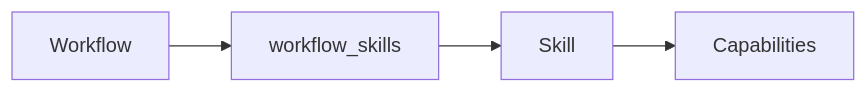
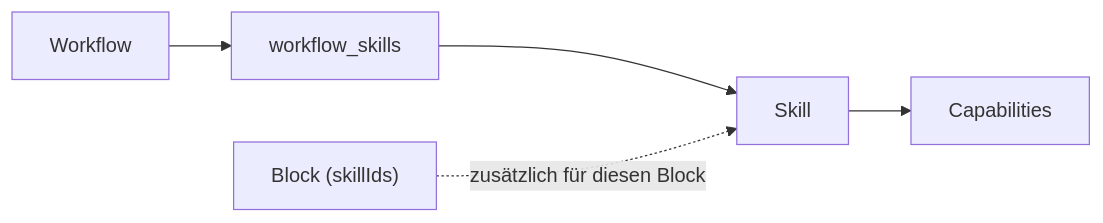
Before and after one commit to FLSEST/MySuricates: the second of 3 diagrams in docs/skills-diagrams.md, drawn with Mermaid. The commit also changed other lines of this file and 5 other files, not shown here.

First line of the commit message:
docs(diagramme): Skills page follows gateway, context file and write protection of the capabilities

````diff
--- a/docs/skills-diagrams.md
+++ b/docs/skills-diagrams.md
@@ -24,6 +31,7 @@
 ```mermaid
 flowchart LR
     SK["Skill"] --> CAP["Capabilities"]
     WF["Workflow"] --> SKW["workflow_skills"]
     SKW --> SK
+    BL["Block (skillIds)"] -.->|"zusätzlich für diesen Block"| SK
 ```
````
